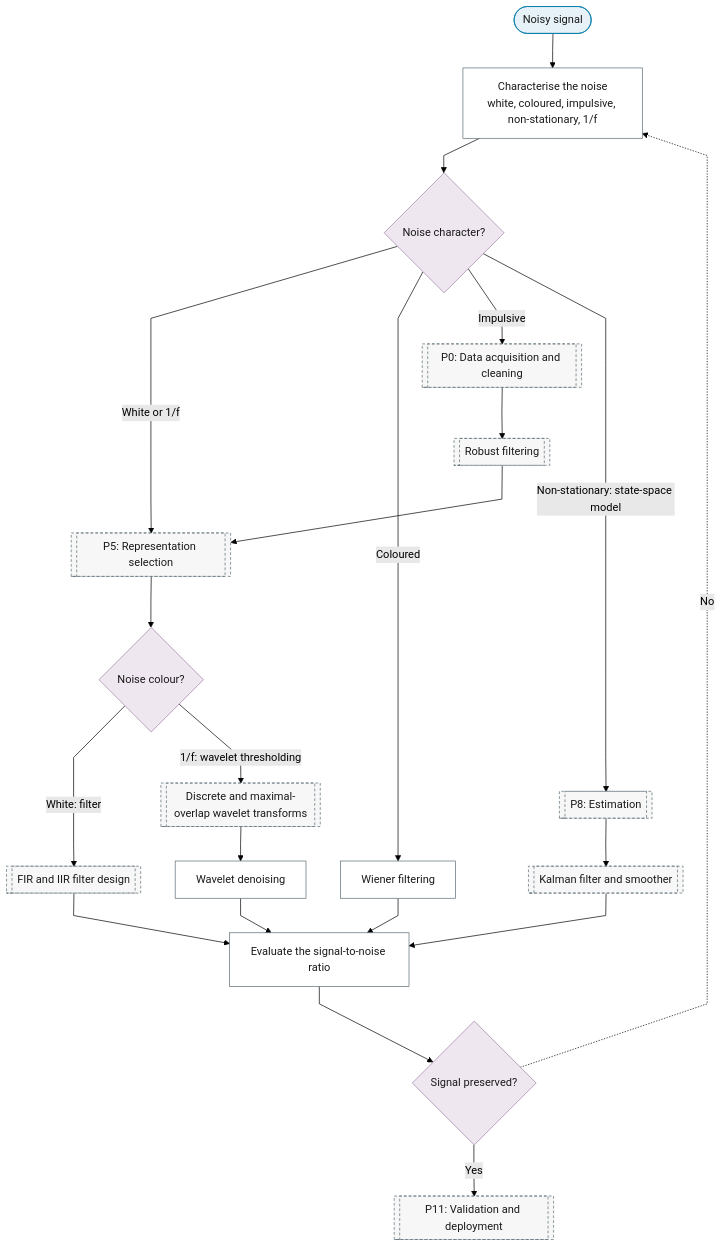
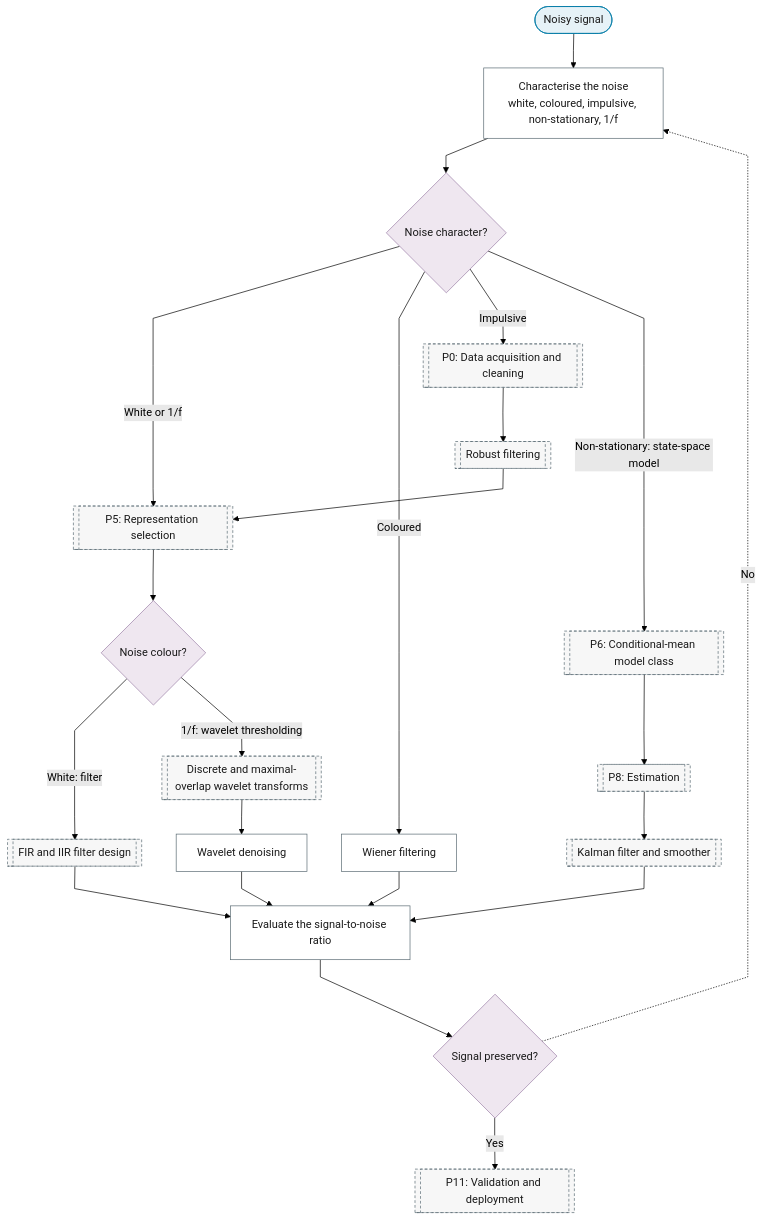
The diagram in docs/01-workflow/p02-purpose/03-signal-extraction.md (Shuxin-Y/time-series-analysis-manual), drawn with Mermaid (forest theme) before and after one commit. The commit also changed 3 other files, not shown here.

First line of the commit message:
fix(flowchart): model-fitting paths draw P6 first; no-model paths skip P8 (rev1 R4-2)

````diff
--- a/docs/01-workflow/p02-purpose/03-signal-extraction.md
+++ b/docs/01-workflow/p02-purpose/03-signal-extraction.md
@@ -7,33 +7,34 @@
 ```mermaid
 %%{init: {"flowchart": {"curve": "linear"}}}%%
 graph TD
     P2_SE_IN(["Noisy signal"]) --> P2_SE_NOISE_TYPE["Characterise the noise<br/>white, coloured, impulsive, non-stationary, 1/f"]
     P2_SE_NOISE_TYPE --> P2_SE_NOISE_Q{"Noise character?"}
     P2_SE_NOISE_Q -->|"White or 1/f"| P5
     P2_SE_NOISE_Q -->|"Coloured"| P2_SE_WIENER["Wiener filtering"]
     P2_SE_NOISE_Q -->|"Impulsive"| P0[["P0: Data acquisition and cleaning"]]
-    P2_SE_NOISE_Q -->|"Non-stationary: state-space model"| P8[["P8: Estimation"]]
+    P2_SE_NOISE_Q -->|"Non-stationary: state-space model"| P6[["P6: Conditional-mean model class"]]
+    P6 --> P8[["P8: Estimation"]]
     P0 --> P0_ROBUST_FILTER[["Robust filtering"]]
     P0_ROBUST_FILTER --> P5[["P5: Representation selection"]]
     P5 --> P2_SE_TRANSFORM{"Noise colour?"}
     P2_SE_TRANSFORM -->|"White: filter"| P5_FD_FILTERS[["FIR and IIR filter design"]]
     P2_SE_TRANSFORM -->|"1/f: wavelet thresholding"| P5_TF_DWT[["Discrete and maximal-overlap wavelet transforms"]]
     P5_TF_DWT --> P2_SE_WAVELET_DENOISING["Wavelet denoising"]
     P8 --> P8_KALMAN[["Kalman filter and smoother"]]
     P5_FD_FILTERS & P2_SE_WIENER & P8_KALMAN & P2_SE_WAVELET_DENOISING --> P2_SE_SNR["Evaluate the signal-to-noise ratio"]
     P2_SE_SNR --> P2_SE_OK{"Signal preserved?"}
     P2_SE_OK -.->|"No"| P2_SE_NOISE_TYPE
     P2_SE_OK -->|"Yes"| P11[["P11: Validation and deployment"]]
     class P2_SE_IN terminator
     class P2_SE_NOISE_Q,P2_SE_TRANSFORM,P2_SE_OK decision
     class P2_SE_NOISE_TYPE,P2_SE_WIENER,P2_SE_WAVELET_DENOISING,P2_SE_SNR process
-    class P0,P8,P0_ROBUST_FILTER,P5,P5_FD_FILTERS,P5_TF_DWT,P8_KALMAN,P11 ref
+    class P0,P6,P8,P0_ROBUST_FILTER,P5,P5_FD_FILTERS,P5_TF_DWT,P8_KALMAN,P11 ref
     classDef terminator fill:#E6F2F7,stroke:#007BA7,color:#1A1A1A;
     classDef process fill:#FFFFFF,stroke:#5A6B73,color:#1A1A1A;
     classDef decision fill:#EFE7F0,stroke:#9B7FA7,color:#1A1A1A;
     classDef data fill:#FFF4E0,stroke:#C9A55E,color:#1A1A1A;
     classDef good fill:#DCEFD8,stroke:#4A7A3F,color:#1A1A1A;
     classDef escalate fill:#FFE9C2,stroke:#C9A55E,color:#1A1A1A;
     classDef problem fill:#F2D9DE,stroke:#800020,color:#1A1A1A;
     classDef ref fill:#F7F7F7,stroke:#5A6B73,color:#1A1A1A,stroke-dasharray:4 3;
 ```
````
